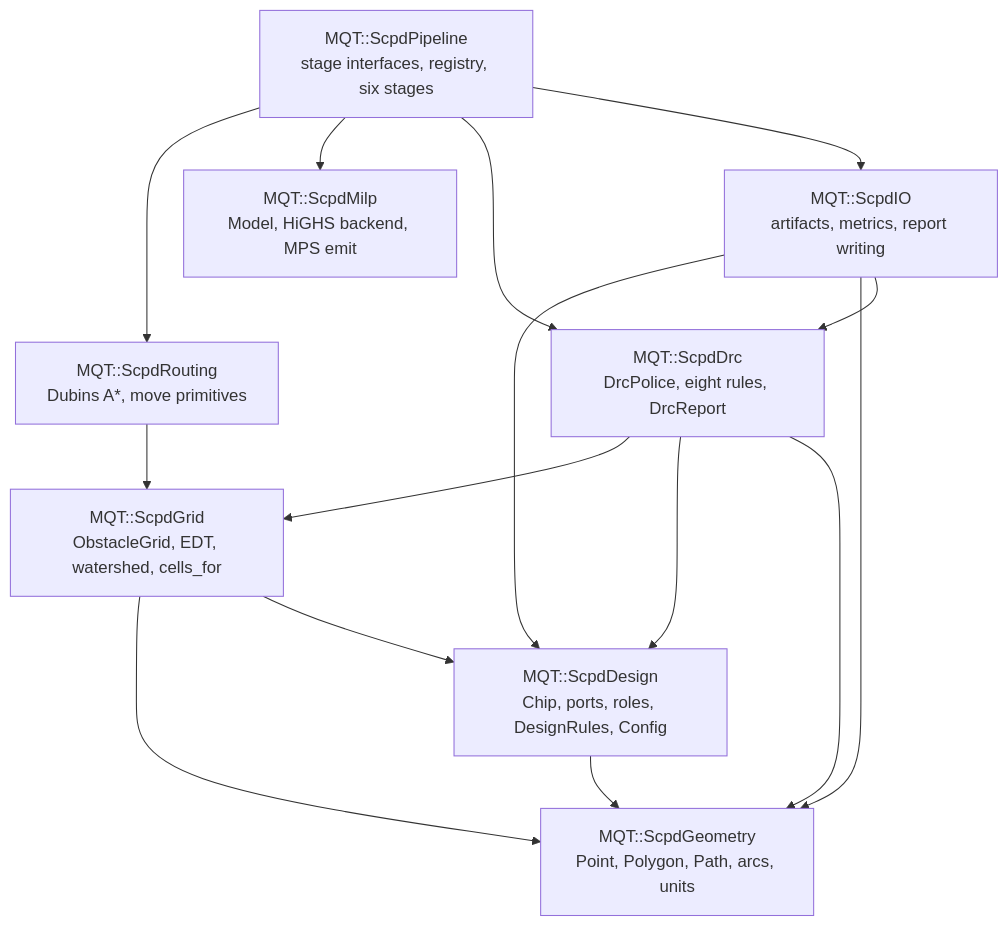
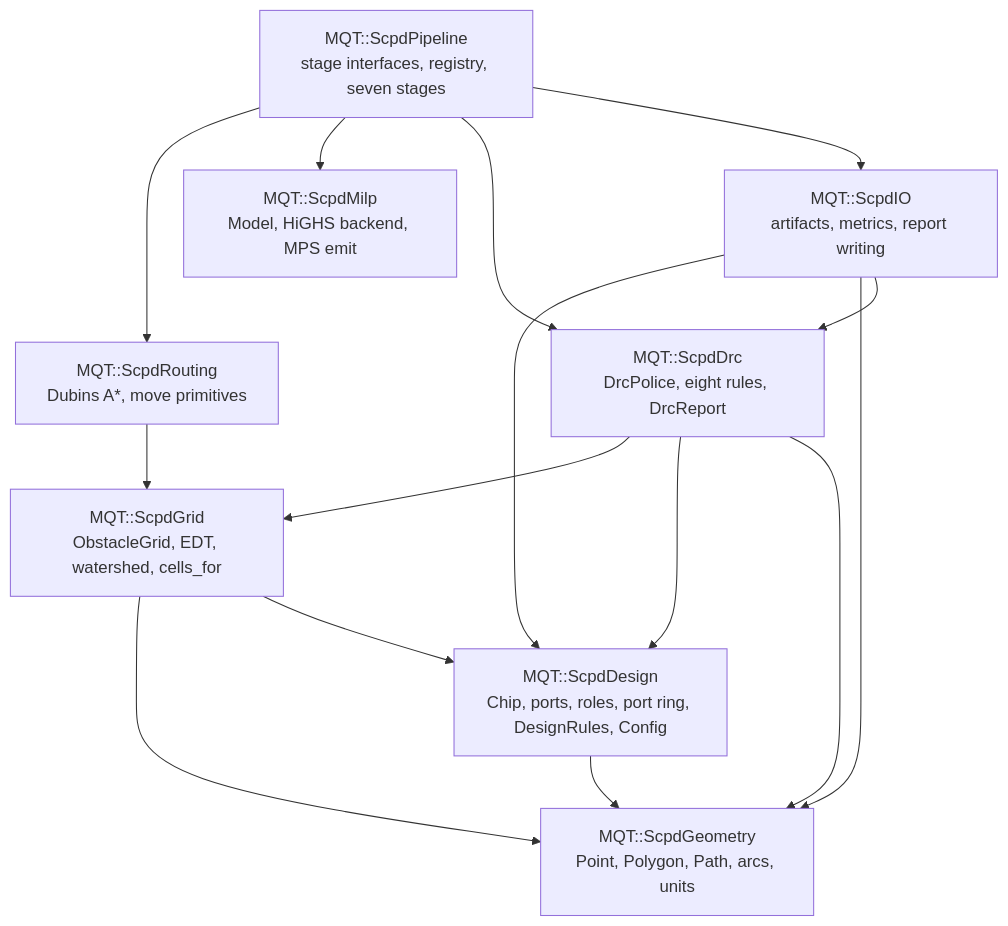
One commit to munich-quantum-toolkit/scpd changed the third of 5 diagrams in ARCHITECTURE.md. Above: the diagram before and after it, drawn with Mermaid. The commit also changed other lines of this file and 20 other files, not shown here.

````diff
--- a/ARCHITECTURE.md
+++ b/ARCHITECTURE.md
@@ -123,26 +124,26 @@
 ```mermaid
 graph TD
   geometry[MQT::ScpdGeometry<br/>Point, Polygon, Path, arcs, units]
-  design[MQT::ScpdDesign<br/>Chip, ports, roles, DesignRules, Config]
+  design[MQT::ScpdDesign<br/>Chip, ports, roles, port ring, DesignRules, Config]
   grid[MQT::ScpdGrid<br/>ObstacleGrid, EDT, watershed, cells_for]
   routing[MQT::ScpdRouting<br/>Dubins A*, move primitives]
   milp[MQT::ScpdMilp<br/>Model, HiGHS backend, MPS emit]
   drc[MQT::ScpdDrc<br/>DrcPolice, eight rules, DrcReport]
-  pipeline[MQT::ScpdPipeline<br/>stage interfaces, registry, six stages]
+  pipeline[MQT::ScpdPipeline<br/>stage interfaces, registry, seven stages]
   io[MQT::ScpdIO<br/>artifacts, metrics, report writing]
 
   design --> geometry
   grid --> geometry
   grid --> design
   routing --> grid
   drc --> grid
   drc --> design
   drc --> geometry
   io --> design
   io --> geometry
   io --> drc
   pipeline --> routing
   pipeline --> milp
   pipeline --> drc
   pipeline --> io
 ```
````
